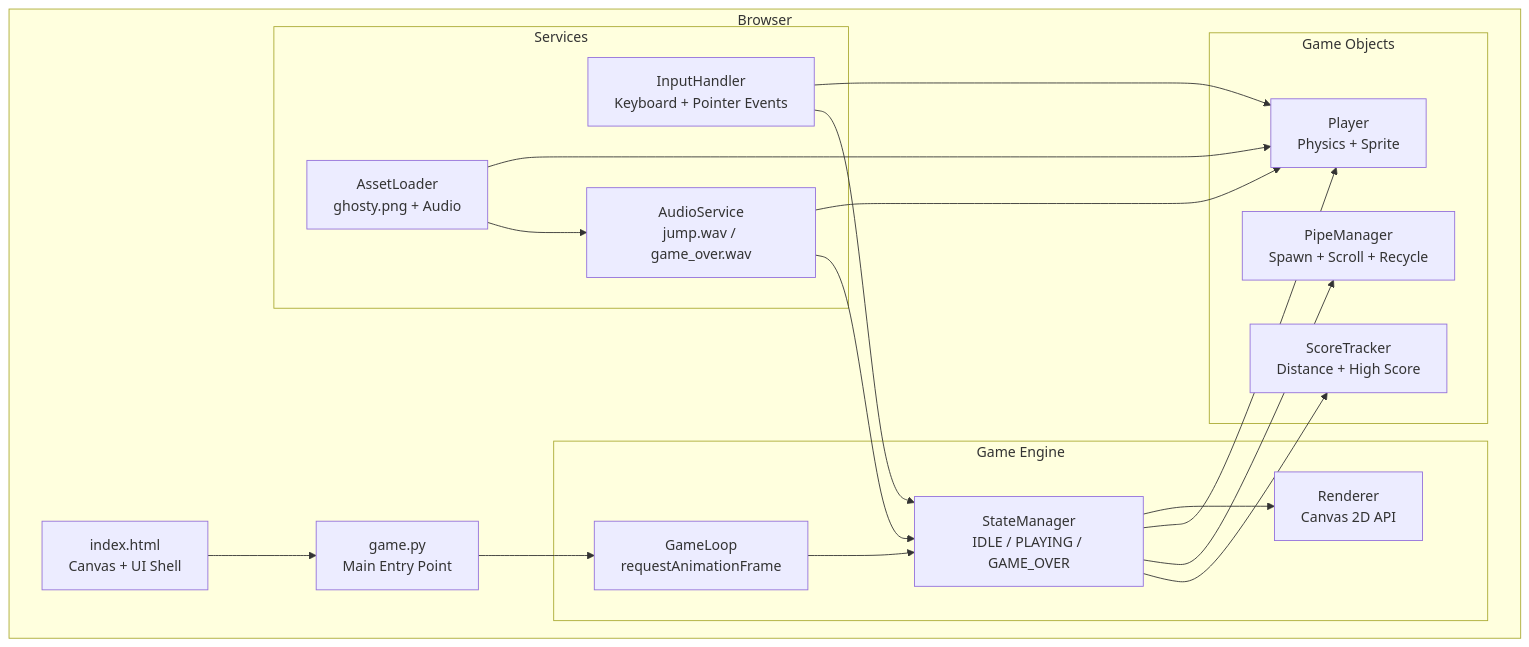
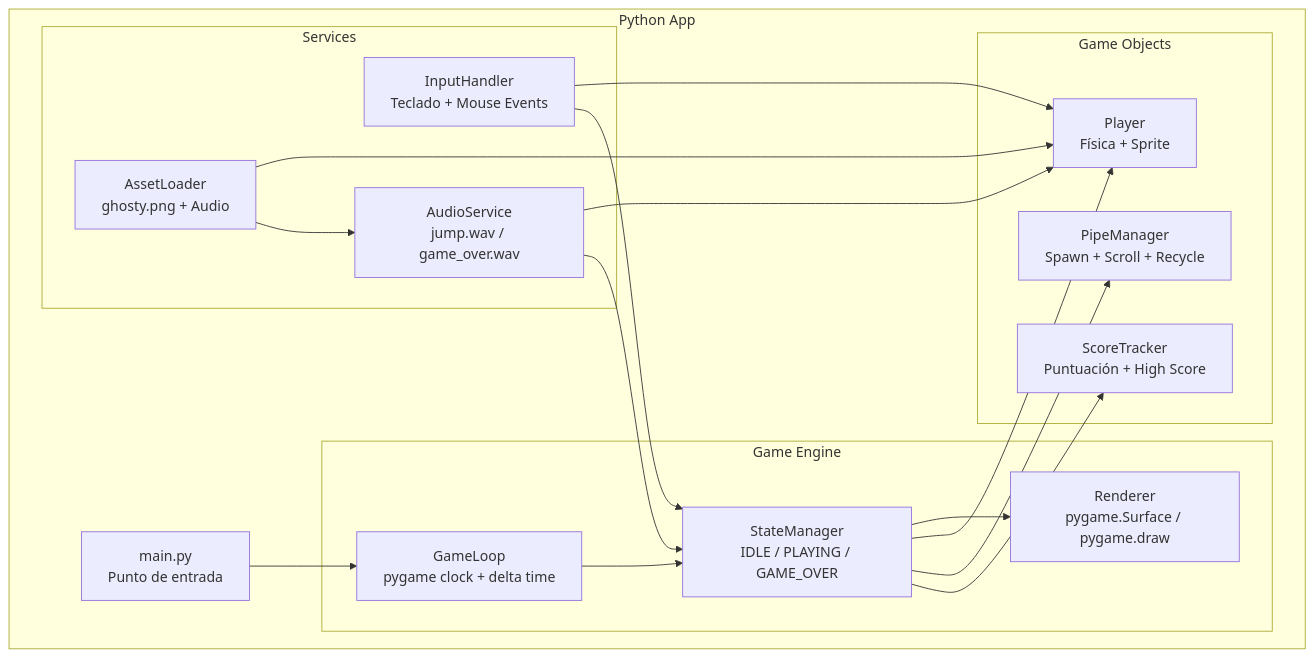
Before and after one commit to RnnoSd/kiro-introduction: the first of 4 diagrams in .kiro/specs/kiro-endless-runner/design.md, drawn with Mermaid. The commit also changed other lines of this file, not shown here.

Commit message:
cambio de design.md a python

````diff
--- a/.kiro/specs/kiro-endless-runner/design.md
+++ b/.kiro/specs/kiro-endless-runner/design.md
@@ -11,39 +11,37 @@
 ```mermaid
 graph TD
-    subgraph Browser
-        HTML[index.html<br/>Canvas + UI Shell]
-        PYTHON[game.py<br/>Main Entry Point]
+    subgraph Python App
+        MAIN[main.py<br/>Punto de entrada]
         
         subgraph Game Engine
-            GL[GameLoop<br/>requestAnimationFrame]
+            GL[GameLoop<br/>pygame clock + delta time]
             SM[StateManager<br/>IDLE / PLAYING / GAME_OVER]
-            Renderer[Renderer<br/>Canvas 2D API]
+            R[Renderer<br/>pygame.Surface / pygame.draw]
         end
 
         subgraph Game Objects
-            Player[Player<br/>Physics + Sprite]
+            Player[Player<br/>Física + Sprite]
             PipeManager[PipeManager<br/>Spawn + Scroll + Recycle]
-            ScoreTracker[ScoreTracker<br/>Distance + High Score]
+            ScoreTracker[ScoreTracker<br/>Puntuación + High Score]
         end
 
         subgraph Services
-            InputHandler[InputHandler<br/>Keyboard + Pointer Events]
+            InputHandler[InputHandler<br/>Teclado + Mouse Events]
             AudioService[AudioService<br/>jump.wav / game_over.wav]
             AssetLoader[AssetLoader<br/>ghosty.png + Audio]
         end
     end
 
-    HTML --> PYTHON
-    PYTHON --> GL
+    MAIN --> GL
     GL --> SM
-    SM --> Renderer
+    SM --> R
     SM --> Player
     SM --> PipeManager
     SM --> ScoreTracker
     InputHandler --> Player
     InputHandler --> SM
     AudioService --> Player
     AudioService --> SM
     AssetLoader --> Player
     AssetLoader --> AudioService
 ```
````
